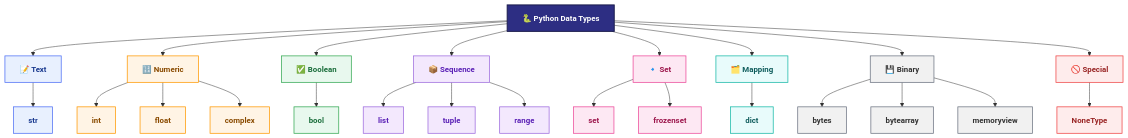
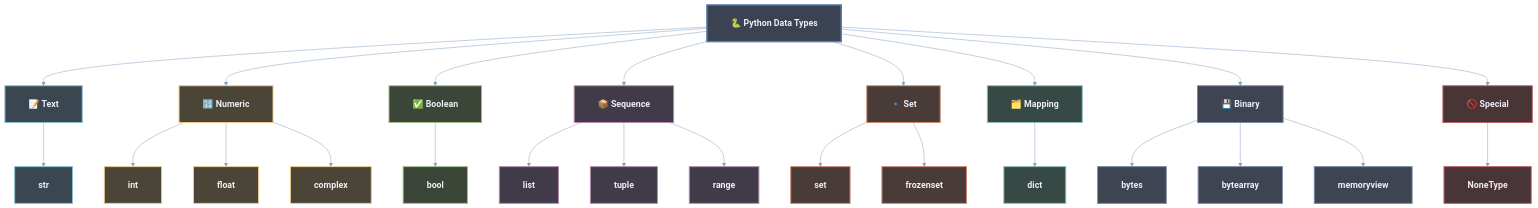
Before and after one commit to maliksiddiq/learning-agentic-ai: the first of 9 diagrams in 01_ Python_For_ Agentic_ Ai/01 Data types/Readme.md, drawn with Mermaid. The commit also changed other lines of this file, not shown here.

````diff
--- a/01_ Python_For_ Agentic_ Ai/01 Data types/Readme.md
+++ b/01_ Python_For_ Agentic_ Ai/01 Data types/Readme.md
@@ -22,56 +22,57 @@
 ```mermaid
+%%{init: {'theme': 'base', 'themeVariables': {'background': '#2E3440', 'primaryColor': '#3B4252', 'primaryTextColor': '#ECEFF4', 'primaryBorderColor': '#5E81AC', 'secondaryColor': '#434C5E', 'tertiaryColor': '#3B4252', 'lineColor': '#81A1C1', 'edgeLabelBackground': '#3B4252', 'fontSize': '18px', 'fontFamily': 'Segoe UI, Arial, sans-serif'}, 'flowchart': {'useMaxWidth': true, 'htmlLabels': true, 'nodeSpacing': 65, 'rankSpacing': 90, 'curve': 'basis', 'padding': 24}} }%%
 flowchart TD
     ROOT["🐍 Python Data Types"]
 
     ROOT --> TEXT["📝 Text"]
     ROOT --> NUM["🔢 Numeric"]
     ROOT --> BOOL["✅ Boolean"]
     ROOT --> SEQ["📦 Sequence"]
     ROOT --> SET["🔹 Set"]
     ROOT --> MAP["🗂️ Mapping"]
     ROOT --> BIN["💾 Binary"]
     ROOT --> SPEC["🚫 Special"]
 
     TEXT --> str["str"]
 
     NUM --> int["int"]
     NUM --> float["float"]
     NUM --> complex["complex"]
 
     BOOL --> bool["bool"]
 
     SEQ --> list["list"]
     SEQ --> tuple["tuple"]
     SEQ --> range["range"]
 
     SET --> set1["set"]
     SET --> frozenset["frozenset"]
 
     MAP --> dict["dict"]
 
     BIN --> bytes["bytes"]
     BIN --> bytearray["bytearray"]
     BIN --> memoryview["memoryview"]
 
     SPEC --> NoneType["NoneType"]
 
-    classDef root fill:#2D2E83,color:#fff,stroke:#1A1B4B,stroke-width:2px,font-weight:bold
-    classDef text fill:#E8F0FE,color:#1A3A8F,stroke:#4C6EF5,stroke-width:1.5px
-    classDef num fill:#FFF4E5,color:#8A4B00,stroke:#FF9800,stroke-width:1.5px
-    classDef booly fill:#E8F8EE,color:#1B6E3C,stroke:#34A853,stroke-width:1.5px
-    classDef seq fill:#F3E8FD,color:#5B21B6,stroke:#9C6ADE,stroke-width:1.5px
-    classDef sett fill:#FDE8F3,color:#9D174D,stroke:#EC4899,stroke-width:1.5px
-    classDef mapp fill:#E8FBFB,color:#0F5C5C,stroke:#14B8A6,stroke-width:1.5px
-    classDef bin fill:#F1F1F1,color:#333,stroke:#6B7280,stroke-width:1.5px
-    classDef spec fill:#FEECEC,color:#9A2626,stroke:#EF4444,stroke-width:1.5px
+    classDef root fill:#3B4252,color:#ECEFF4,stroke:#5E81AC,stroke-width:3px,font-weight:bold,font-size:18px
+    classDef text fill:#3A4750,color:#ECEFF4,stroke:#88C0D0,stroke-width:2px,font-weight:600
+    classDef num fill:#4A4536,color:#ECEFF4,stroke:#EBCB8B,stroke-width:2px,font-weight:600
+    classDef booly fill:#3C4638,color:#ECEFF4,stroke:#A3BE8C,stroke-width:2px,font-weight:600
+    classDef seq fill:#413B49,color:#ECEFF4,stroke:#B48EAD,stroke-width:2px,font-weight:600
+    classDef sett fill:#493C38,color:#ECEFF4,stroke:#D08770,stroke-width:2px,font-weight:600
+    classDef mapp fill:#374945,color:#ECEFF4,stroke:#8FBCBB,stroke-width:2px,font-weight:600
+    classDef bin fill:#3E4451,color:#ECEFF4,stroke:#7B88A1,stroke-width:2px,font-weight:600
+    classDef spec fill:#493536,color:#ECEFF4,stroke:#BF616A,stroke-width:2px,font-weight:600
 
     class ROOT root
     class TEXT,str text
     class NUM,int,float,complex num
     class BOOL,bool booly
     class SEQ,list,tuple,range seq
     class SET,set1,frozenset sett
     class MAP,dict mapp
     class BIN,bytes,bytearray,memoryview bin
     class SPEC,NoneType spec
 ```
````
